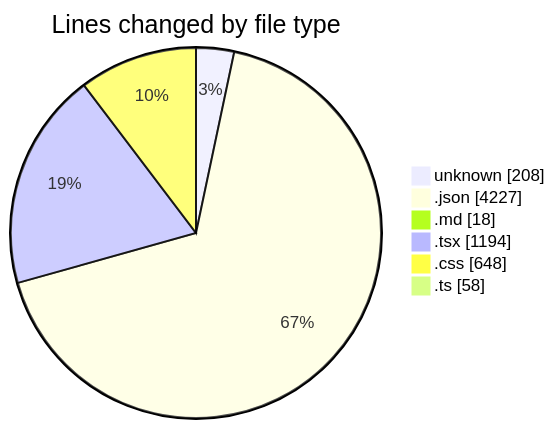
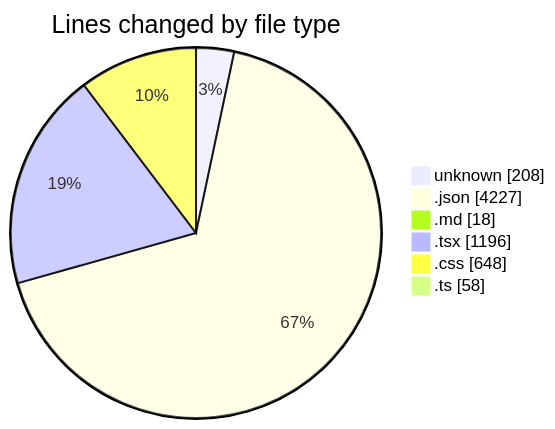
The first of 2 diagrams in 2025-08-07/ribbon/README.md (EIIisD/code-tracking), drawn with Mermaid before and after one commit. The commit also changed other lines of this file and 1 other file, not shown here.

````diff
--- a/2025-08-07/ribbon/README.md
+++ b/2025-08-07/ribbon/README.md
@@ -36,10 +36,10 @@
 ```mermaid
 pie showData
 title Lines changed by file type
 "unknown" : 208
 ".json" : 4227
 ".md" : 18
-".tsx" : 1194
+".tsx" : 1196
 ".css" : 648
 ".ts" : 58
 ```
````
